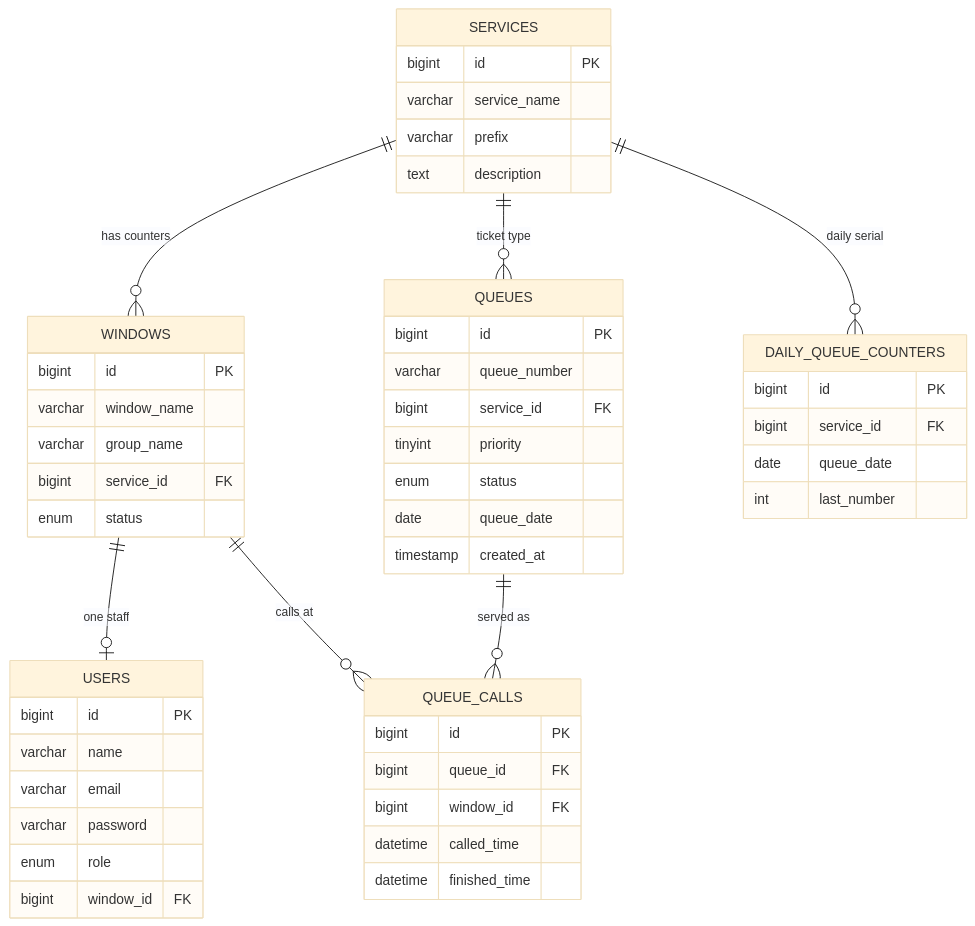
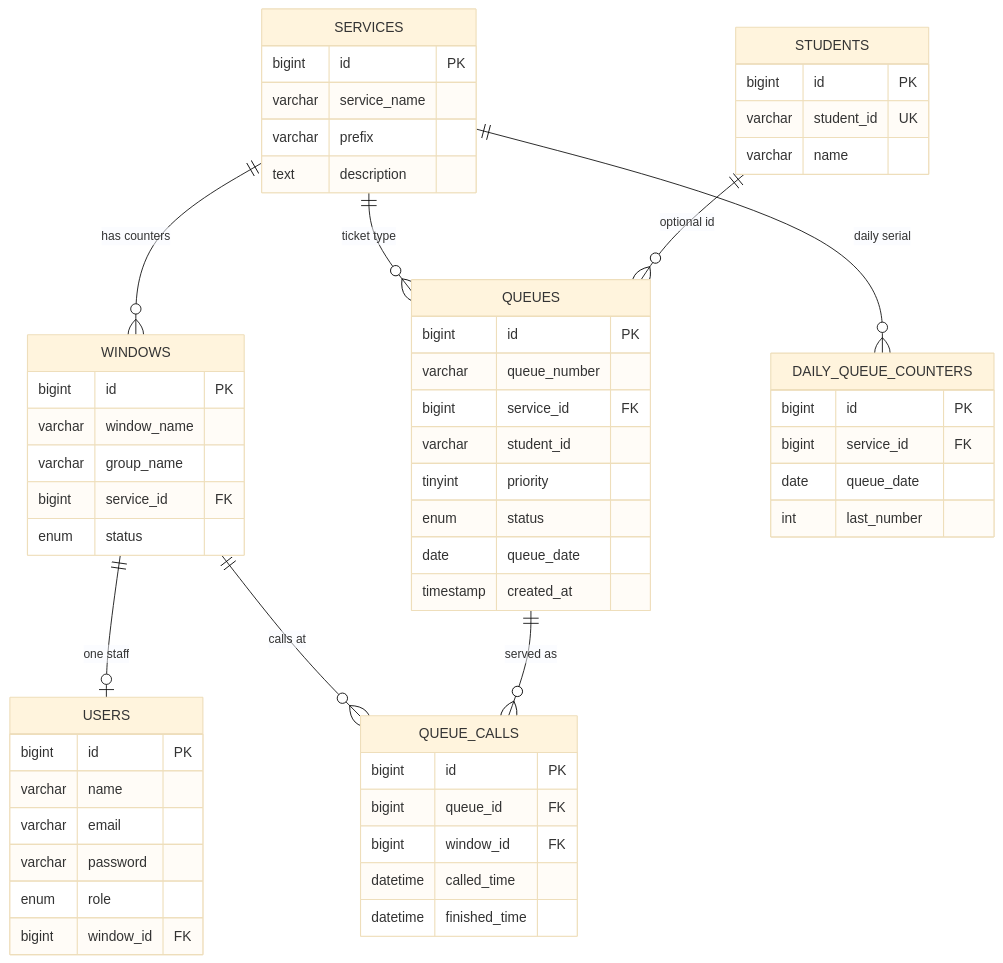
One commit to rhems95/queuing-system changed the diagram in docs/erd.md. Above: the diagram before and after it, drawn with Mermaid (base theme). The commit also changed other lines of this file and 31 other files, not shown here.

````diff
--- a/docs/erd.md
+++ b/docs/erd.md
@@ -17,58 +17,66 @@
 ```mermaid
 erDiagram
     SERVICES ||--o{ WINDOWS : "has counters"
     SERVICES ||--o{ QUEUES : "ticket type"
     SERVICES ||--o{ DAILY_QUEUE_COUNTERS : "daily serial"
     WINDOWS ||--o| USERS : "one staff"
     WINDOWS ||--o{ QUEUE_CALLS : "calls at"
     QUEUES ||--o{ QUEUE_CALLS : "served as"
+    STUDENTS ||--o{ QUEUES : "optional id"
 
     SERVICES {
         bigint id PK
         varchar service_name
         varchar prefix
         text description
     }
 
     WINDOWS {
         bigint id PK
         varchar window_name
         varchar group_name
         bigint service_id FK
         enum status
     }
 
     USERS {
         bigint id PK
         varchar name
         varchar email
         varchar password
         enum role
         bigint window_id FK
     }
 
     DAILY_QUEUE_COUNTERS {
         bigint id PK
         bigint service_id FK
         date queue_date
         int last_number
     }
 
     QUEUES {
         bigint id PK
         varchar queue_number
         bigint service_id FK
+        varchar student_id
         tinyint priority
         enum status
         date queue_date
         timestamp created_at
+    }
+
+    STUDENTS {
+        bigint id PK
+        varchar student_id UK
+        varchar name
     }
 
     QUEUE_CALLS {
         bigint id PK
         bigint queue_id FK
         bigint window_id FK
         datetime called_time
         datetime finished_time
     }
 ```
````
